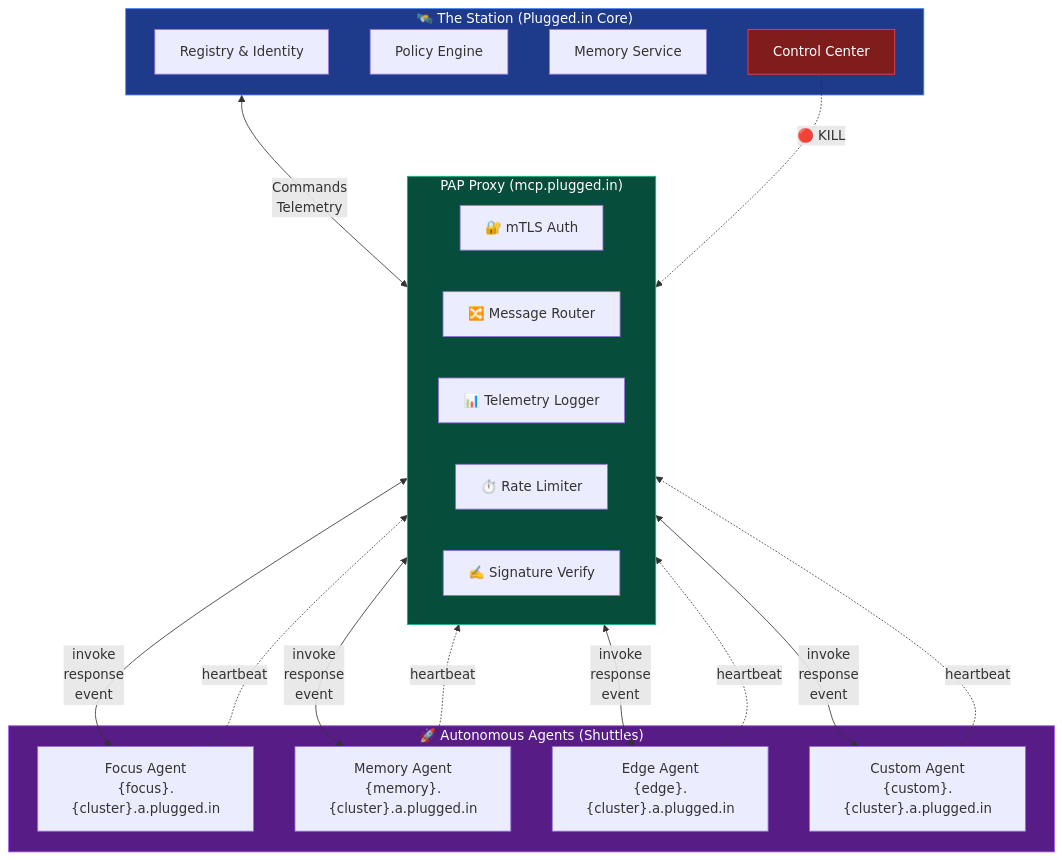
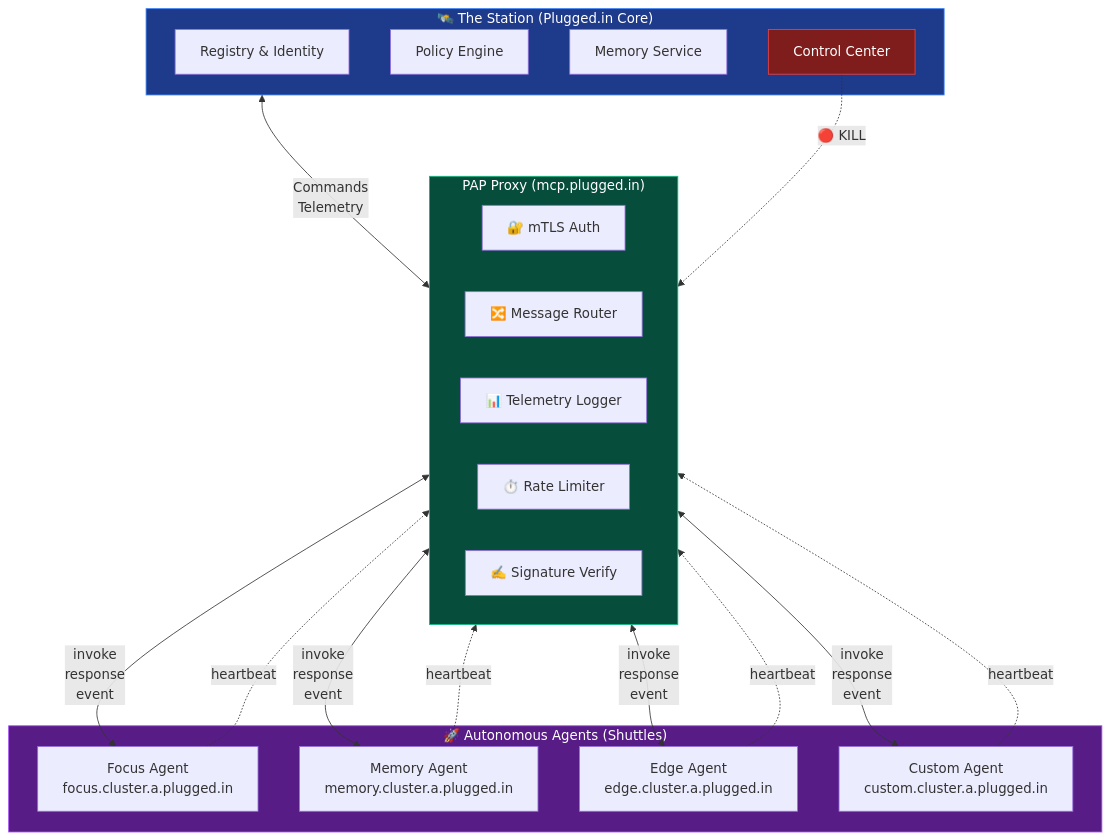
One commit to VeriTeknik/PAP changed the first of 3 diagrams in README.md. Above: the diagram before and after it, drawn with Mermaid. The commit also changed 1 other file, not shown here.

First paragraph of the commit message:
Add enhanced Mermaid diagrams and fix GitHub rendering
   Enhanced all major diagrams with improved visuals, better color schemes, and fixed syntax errors for GitHub compatibility.

````diff
--- a/README.md
+++ b/README.md
@@ -7,42 +7,42 @@
 ```mermaid
 graph TB
     subgraph Station["🛰️ The Station (Plugged.in Core)"]
         Registry["Registry & Identity"]
         Policy["Policy Engine"]
         Memory["Memory Service"]
         Control["Control Center"]
     end
 
     subgraph Proxy["PAP Proxy (mcp.plugged.in)"]
         Auth["🔐 mTLS Auth"]
         Router["🔀 Message Router"]
         Logger["📊 Telemetry Logger"]
         RateLimit["⏱️ Rate Limiter"]
         Sig["✍️ Signature Verify"]
     end
 
     subgraph Shuttles["🚀 Autonomous Agents (Shuttles)"]
-        Focus["Focus Agent<br/>{focus}.{cluster}.a.plugged.in"]
-        MemAgent["Memory Agent<br/>{memory}.{cluster}.a.plugged.in"]
-        Edge["Edge Agent<br/>{edge}.{cluster}.a.plugged.in"]
-        Custom["Custom Agent<br/>{custom}.{cluster}.a.plugged.in"]
+        Focus["Focus Agent<br/>focus.cluster.a.plugged.in"]
+        MemAgent["Memory Agent<br/>memory.cluster.a.plugged.in"]
+        Edge["Edge Agent<br/>edge.cluster.a.plugged.in"]
+        Custom["Custom Agent<br/>custom.cluster.a.plugged.in"]
     end
 
     Station <-->|Commands<br/>Telemetry| Proxy
     Proxy <-->|invoke<br/>response<br/>event| Focus
     Proxy <-->|invoke<br/>response<br/>event| MemAgent
     Proxy <-->|invoke<br/>response<br/>event| Edge
     Proxy <-->|invoke<br/>response<br/>event| Custom
 
     Focus -.->|heartbeat| Proxy
     MemAgent -.->|heartbeat| Proxy
     Edge -.->|heartbeat| Proxy
     Custom -.->|heartbeat| Proxy
 
     Control -.->|🔴 KILL| Proxy
 
     style Station fill:#1e3a8a,stroke:#3b82f6,color:#fff
     style Proxy fill:#064e3b,stroke:#10b981,color:#fff
     style Shuttles fill:#581c87,stroke:#a855f7,color:#fff
     style Control fill:#7f1d1d,stroke:#ef4444,color:#fff
 ```
````
